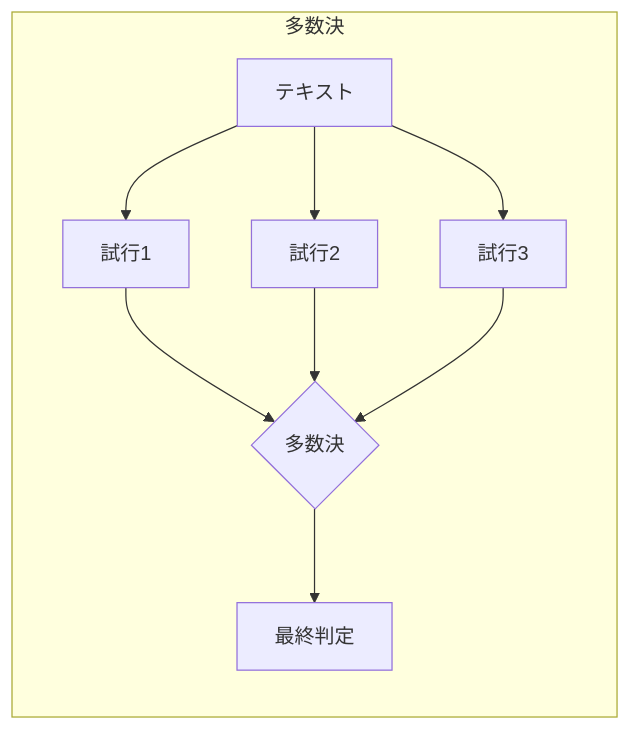
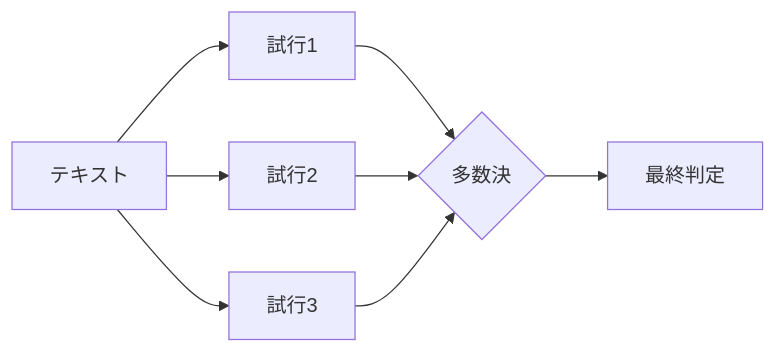
Before and after one commit to qameqame/ai-architecture-pattern: the third of 7 diagrams in README.ja.md, drawn with Mermaid. The commit also changed other lines of this file and 1 other file, not shown here.

Commit message:
modify diagram of README.md,README.ja.md to Mermaid diagram

````diff
--- a/README.ja.md
+++ b/README.ja.md
@@ -123,12 +125,10 @@
 ```mermaid
 flowchart LR
-    subgraph Voting[多数決]
-        A2[テキスト] --> B2[試行1]
-        A2 --> C2[試行2]
-        A2 --> D2[試行3]
-        B2 --> E2{多数決}
-        C2 --> E2
-        D2 --> E2
-        E2 --> F2[最終判定]
-    end
+    A2[テキスト] --> B2[試行1]
+    A2 --> C2[試行2]
+    A2 --> D2[試行3]
+    B2 --> E2{多数決}
+    C2 --> E2
+    D2 --> E2
+    E2 --> F2[最終判定]
 ```
````
